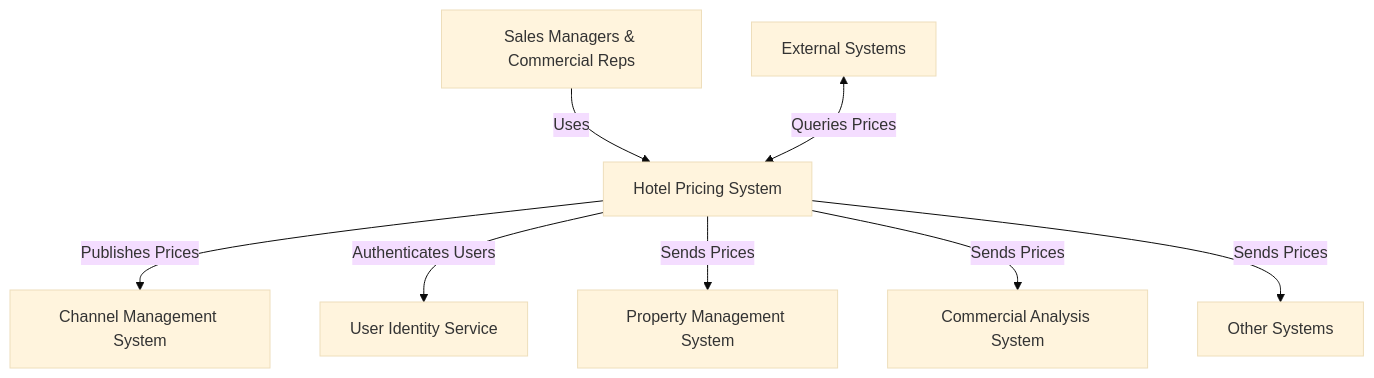
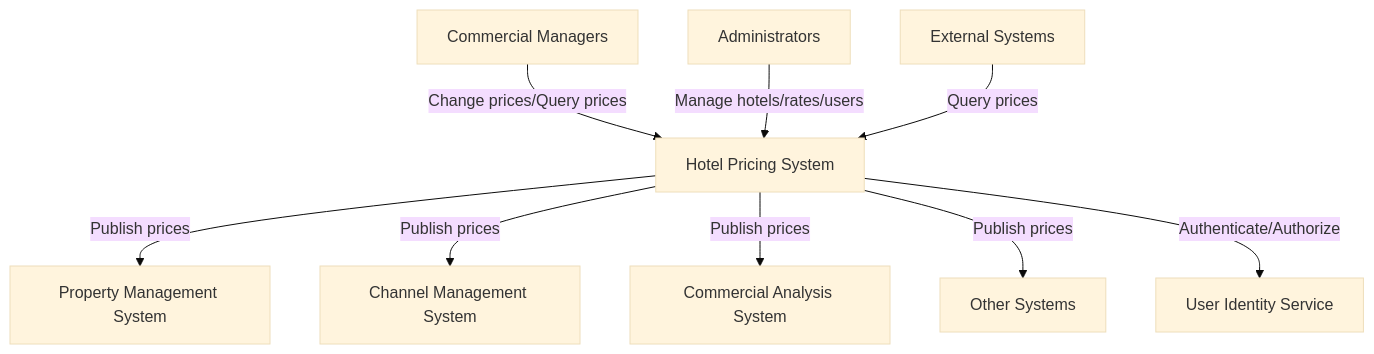
The first of 7 diagrams in OtherDesigns/ArchitectureZeroShot.md (otrebmuh/HotelPricingSystem), drawn with Mermaid (base theme) before and after one commit. The commit also changed other lines of this file, not shown here.

````diff
--- a/OtherDesigns/ArchitectureZeroShot.md
+++ b/OtherDesigns/ArchitectureZeroShot.md
@@ -20,10 +15,12 @@
 ```mermaid
 flowchart TD
-    User[Sales Managers & Commercial Reps] -->|Uses| HPS[Hotel Pricing System]
-    ExternalSystems[External Systems] <-->|Queries Prices| HPS
-    HPS -->|Publishes Prices| CMS[Channel Management System]
-    HPS -->|Authenticates Users| UIS[User Identity Service]
-    HPS -->|Sends Prices| PMS[Property Management System]
-    HPS -->|Sends Prices| CAS[Commercial Analysis System]
-    HPS -->|Sends Prices| OtherSystems[Other Systems]
+    CM[Commercial Managers] -->|Change prices/Query prices| HPS[Hotel Pricing System]
+    Admin[Administrators] -->|Manage hotels/rates/users| HPS
+    ES[External Systems] -->|Query prices| HPS
+    
+    HPS -->|Publish prices| PMS[Property Management System]
+    HPS -->|Publish prices| CMS[Channel Management System]
+    HPS -->|Publish prices| CAS[Commercial Analysis System]
+    HPS -->|Publish prices| OS[Other Systems]
+    HPS -->|Authenticate/Authorize| UIS[User Identity Service]
 ```
````
